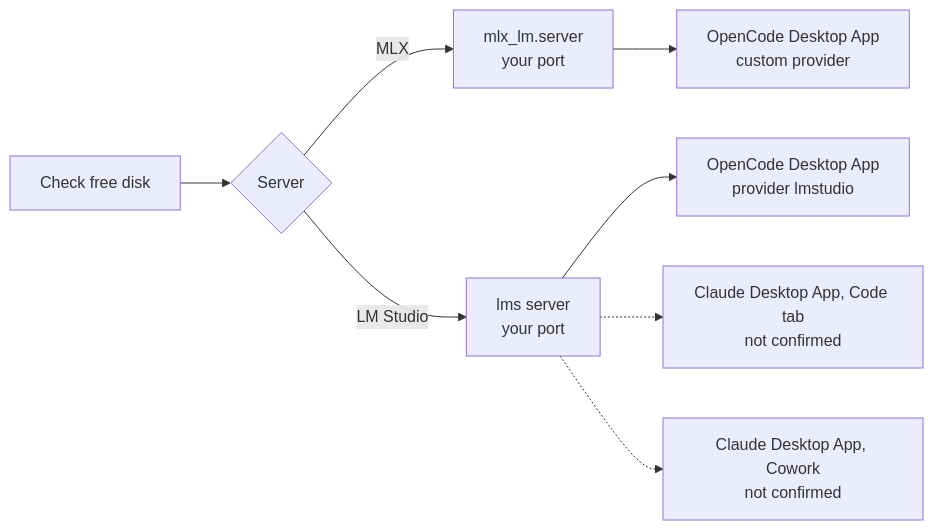
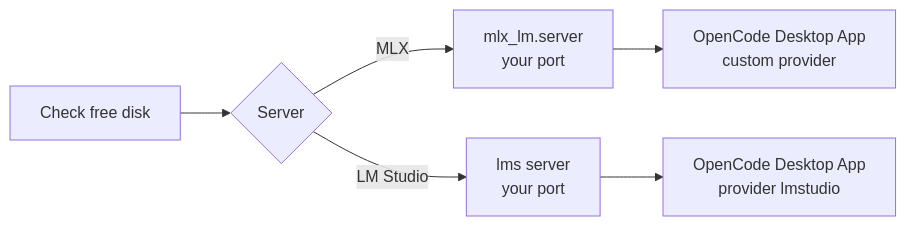
Before and after one commit to SoulCraft-Org/compute-crafter: the diagram in guides/local-models.md, drawn with Mermaid. The commit also changed other lines of this file and 63 other files, not shown here.

````diff
--- a/guides/local-models.md
+++ b/guides/local-models.md
@@ -5,8 +5,6 @@
 ```mermaid
 flowchart LR
   D[Check free disk] --> E{Server}
   E -->|MLX| M[mlx_lm.server<br/>your port] --> O[OpenCode Desktop App<br/>custom provider]
   E -->|LM Studio| L[lms server<br/>your port] --> O2[OpenCode Desktop App<br/>provider lmstudio]
-  L -.-> C[Claude Desktop App, Code tab<br/>not confirmed]
-  L -.-> W[Claude Desktop App, Cowork<br/>not confirmed]
 ```
````
